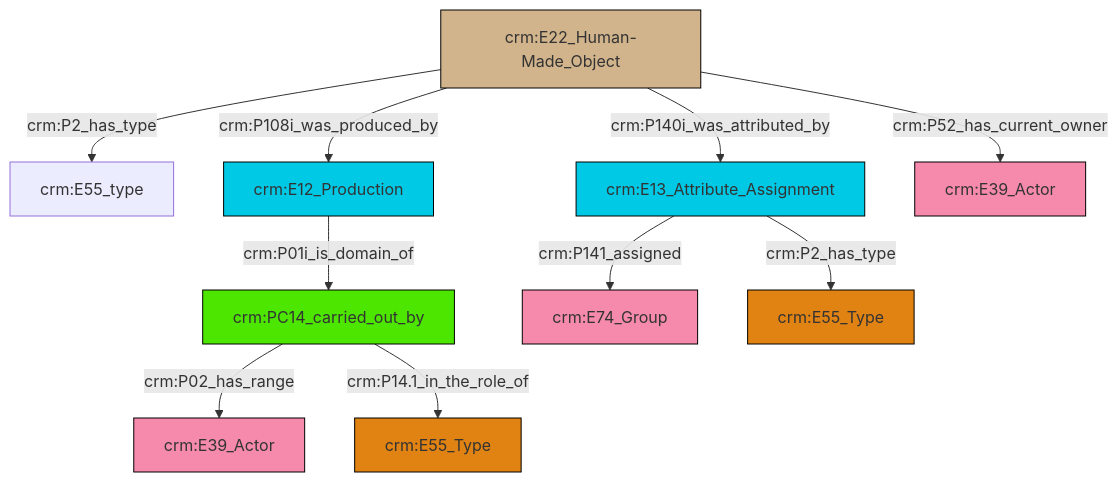
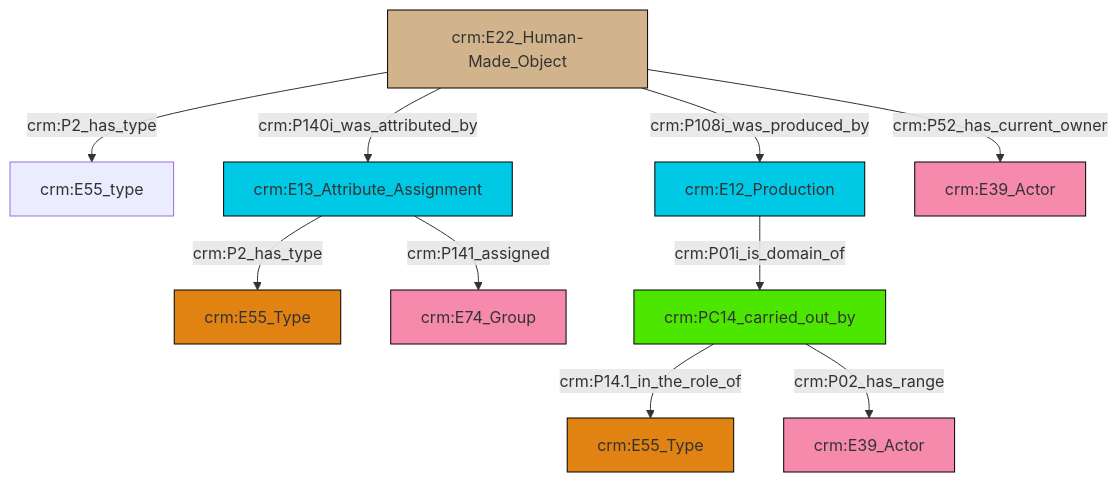
The diagram in et/builtWorkCSV/ttl/mmd/Built_Work_actor_relations.ttl.mmd (swiss-art-research-net/reference-data-models), drawn with Mermaid before and after one commit. The commit also changed 125 other files, not shown here.

```diff
--- a/et/builtWorkCSV/ttl/mmd/Built_Work_actor_relations.ttl.mmd
+++ b/et/builtWorkCSV/ttl/mmd/Built_Work_actor_relations.ttl.mmd
@@ -1,24 +1,24 @@
 graph TD
 classDef Literal fill:#f2f2f2,stroke:#000000;
 classDef CRM_Entity fill:#FFFFFF,stroke:#000000;
 classDef Temporal_Entity fill:#00C9E6, stroke:#000000;
 classDef Type fill:#E18312, stroke:#000000;
 classDef Time-Span fill:#2C9C91, stroke:#000000;
 classDef Appellation fill:#FFEB7F, stroke:#000000;
 classDef Place fill:#008836, stroke:#000000;
 classDef Persistent_Item fill:#B266B2, stroke:#000000;
 classDef Conceptual_Object fill:#FFD700, stroke:#000000;
 classDef Physical_Thing fill:#D2B48C, stroke:#000000;
 classDef Actor fill:#f58aad, stroke:#000000;
 classDef PC_Classes fill:#4ce600, stroke:#000000;
 classDef Multi fill:#cccccc,stroke:#000000;
 
-0["crm:E13_Attribute_Assignment"]:::Temporal_Entity -->|crm:P141_assigned| 1["crm:E74_Group"]:::Actor
-6["crm:E12_Production"]:::Temporal_Entity -->|crm:P01i_is_domain_of| 2["crm:PC14_carried_out_by"]:::PC_Classes
-0["crm:E13_Attribute_Assignment"]:::Temporal_Entity -->|crm:P2_has_type| 7["crm:E55_Type"]:::Type
-15["crm:E22_Human-Made_Object"]:::Physical_Thing -->|crm:P2_has_type| 11["crm:E55_type"]:::Default
-2["crm:PC14_carried_out_by"]:::PC_Classes -->|crm:P02_has_range| 4["crm:E39_Actor"]:::Actor
-15["crm:E22_Human-Made_Object"]:::Physical_Thing -->|crm:P108i_was_produced_by| 6["crm:E12_Production"]:::Temporal_Entity
-15["crm:E22_Human-Made_Object"]:::Physical_Thing -->|crm:P140i_was_attributed_by| 0["crm:E13_Attribute_Assignment"]:::Temporal_Entity
-15["crm:E22_Human-Made_Object"]:::Physical_Thing -->|crm:P52_has_current_owner| 13["crm:E39_Actor"]:::Actor
-2["crm:PC14_carried_out_by"]:::PC_Classes -->|crm:P14.1_in_the_role_of| 16["crm:E55_Type"]:::Type
+4["crm:PC14_carried_out_by"]:::PC_Classes -->|crm:P14.1_in_the_role_of| 6["crm:E55_Type"]:::Type
+8["crm:E22_Human-Made_Object"]:::Physical_Thing -->|crm:P2_has_type| 10["crm:E55_type"]:::Default
+4["crm:PC14_carried_out_by"]:::PC_Classes -->|crm:P02_has_range| 13["crm:E39_Actor"]:::Actor
+11["crm:E13_Attribute_Assignment"]:::Temporal_Entity -->|crm:P141_assigned| 2["crm:E74_Group"]:::Actor
+8["crm:E22_Human-Made_Object"]:::Physical_Thing -->|crm:P140i_was_attributed_by| 11["crm:E13_Attribute_Assignment"]:::Temporal_Entity
+8["crm:E22_Human-Made_Object"]:::Physical_Thing -->|crm:P108i_was_produced_by| 14["crm:E12_Production"]:::Temporal_Entity
+8["crm:E22_Human-Made_Object"]:::Physical_Thing -->|crm:P52_has_current_owner| 16["crm:E39_Actor"]:::Actor
+11["crm:E13_Attribute_Assignment"]:::Temporal_Entity -->|crm:P2_has_type| 0["crm:E55_Type"]:::Type
+14["crm:E12_Production"]:::Temporal_Entity -->|crm:P01i_is_domain_of| 4["crm:PC14_carried_out_by"]:::PC_Classes
```
